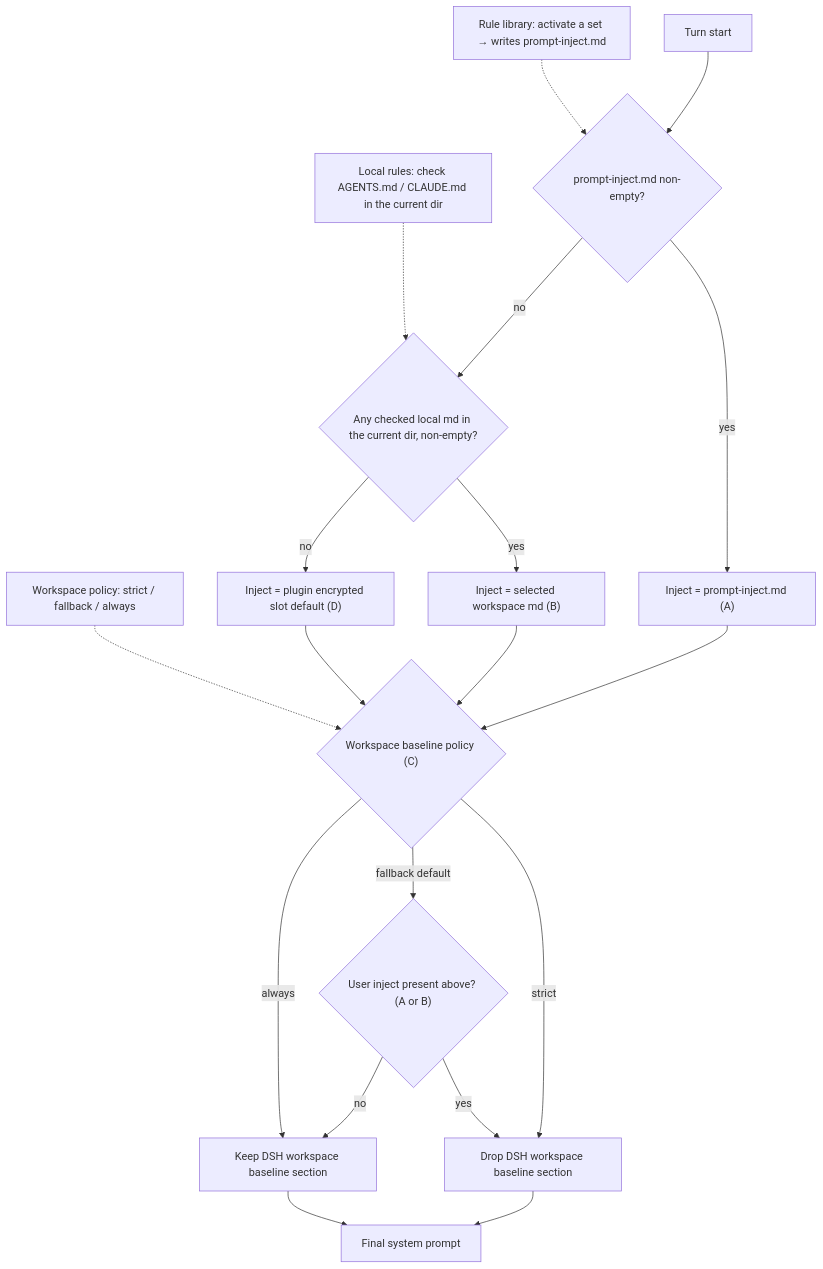
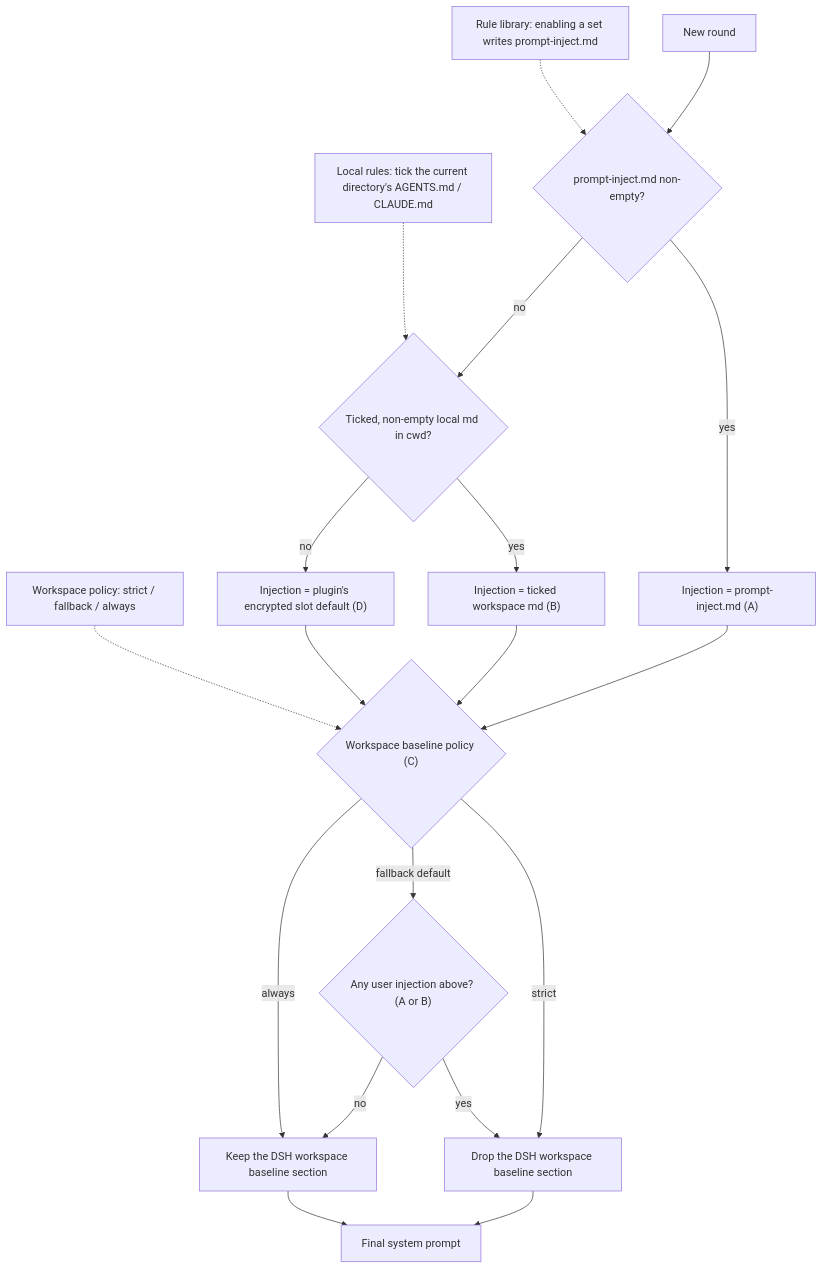
One commit to L1daye/dsh-purge-nolimit changed the second of 2 diagrams in README.md. Above: the diagram before and after it, drawn with Mermaid. The commit also changed other lines of this file and 4 other files, not shown here.

````diff
--- a/README.md
+++ b/README.md
@@ -521,26 +504,26 @@
 ```mermaid
 flowchart TD
-  L["Rule library: activate a set → writes prompt-inject.md"]
-  W["Local rules: check AGENTS.md / CLAUDE.md in the current dir"]
+  L["Rule library: enabling a set writes prompt-inject.md"]
+  W["Local rules: tick the current directory's AGENTS.md / CLAUDE.md"]
   P["Workspace policy: strict / fallback / always"]
 
-  A["Turn start"] --> B{"prompt-inject.md non-empty?"}
-  B -->|yes| C["Inject = prompt-inject.md (A)"]
-  B -->|no| D{"Any checked local md in the current dir, non-empty?"}
-  D -->|yes| E["Inject = selected workspace md (B)"]
-  D -->|no| F["Inject = plugin encrypted slot default (D)"]
+  A["New round"] --> B{"prompt-inject.md non-empty?"}
+  B -->|yes| C["Injection = prompt-inject.md (A)"]
+  B -->|no| D{"Ticked, non-empty local md in cwd?"}
+  D -->|yes| E["Injection = ticked workspace md (B)"]
+  D -->|no| F["Injection = plugin's encrypted slot default (D)"]
   C --> G{"Workspace baseline policy (C)"}
   E --> G
   F --> G
-  G -->|strict| H["Drop DSH workspace baseline section"]
-  G -->|fallback default| I{"User inject present above? (A or B)"}
-  G -->|always| J["Keep DSH workspace baseline section"]
+  G -->|strict| H["Drop the DSH workspace baseline section"]
+  G -->|fallback default| I{"Any user injection above? (A or B)"}
+  G -->|always| J["Keep the DSH workspace baseline section"]
   I -->|yes| H
   I -->|no| J
   H --> K["Final system prompt"]
   J --> K
 
   L -.-> B
   W -.-> D
   P -.-> G
 ```
````
